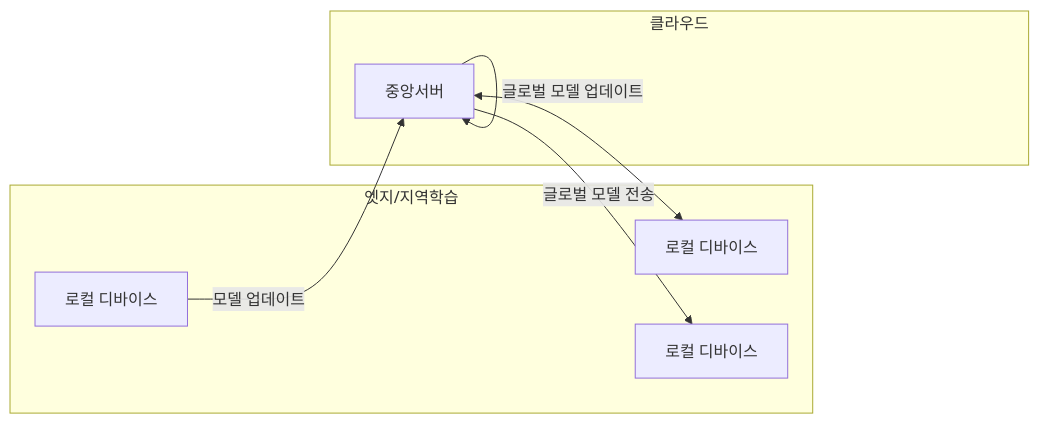
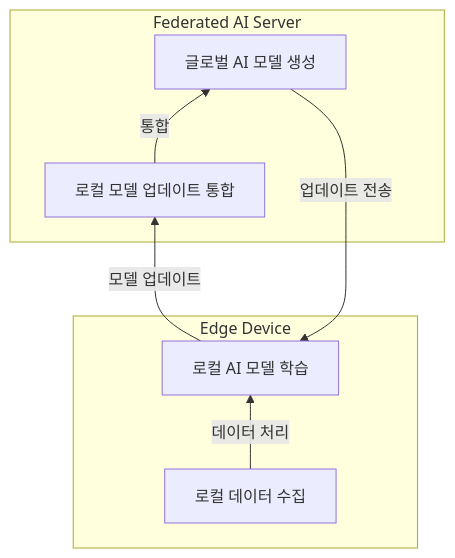
The diagram in blog/pe/algo/federated-learning.md (gracefullight/gracefullight.github.io), drawn with Mermaid before and after one commit. The commit also changed other lines of this file, not shown here.

Commit message:
docs(pe): 📚️ federated learning

````diff
--- a/blog/pe/algo/federated-learning.md
+++ b/blog/pe/algo/federated-learning.md
@@ -20,16 +27,17 @@
 ```mermaid
-graph LR
-  subgraph 엣지[엣지/지역학습]
-    로컬디바이스1[로컬 디바이스]
-    로컬디바이스2[로컬 디바이스]
-    로컬디바이스3[로컬 디바이스]
+graph BT
+  subgraph Edge Device
+    A1[로컬 데이터 수집]
+    A2[로컬 AI 모델 학습]
   end
 
-  subgraph 클라우드
-    중앙서버 -->|글로벌 모델 업데이트| 중앙서버
+  subgraph Federated AI Server
+    B1[로컬 모델 업데이트 통합]
+    B2[글로벌 AI 모델 생성]
   end
 
-  중앙서버 <--> 로컬디바이스2
-  중앙서버 --> |글로벌 모델 전송| 로컬디바이스3
-  로컬디바이스1 -->|모델 업데이트| 중앙서버
+  A1 -->|데이터 처리| A2
+  A2 -->|모델 업데이트| B1
+  B1 -->|통합| B2
+  B2 -->|업데이트 전송| A2
 ```
````
